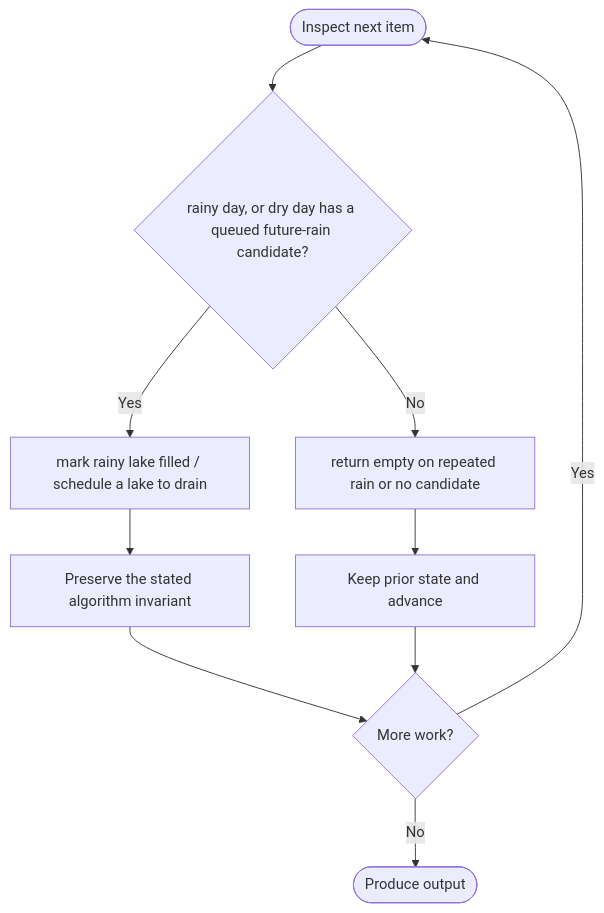
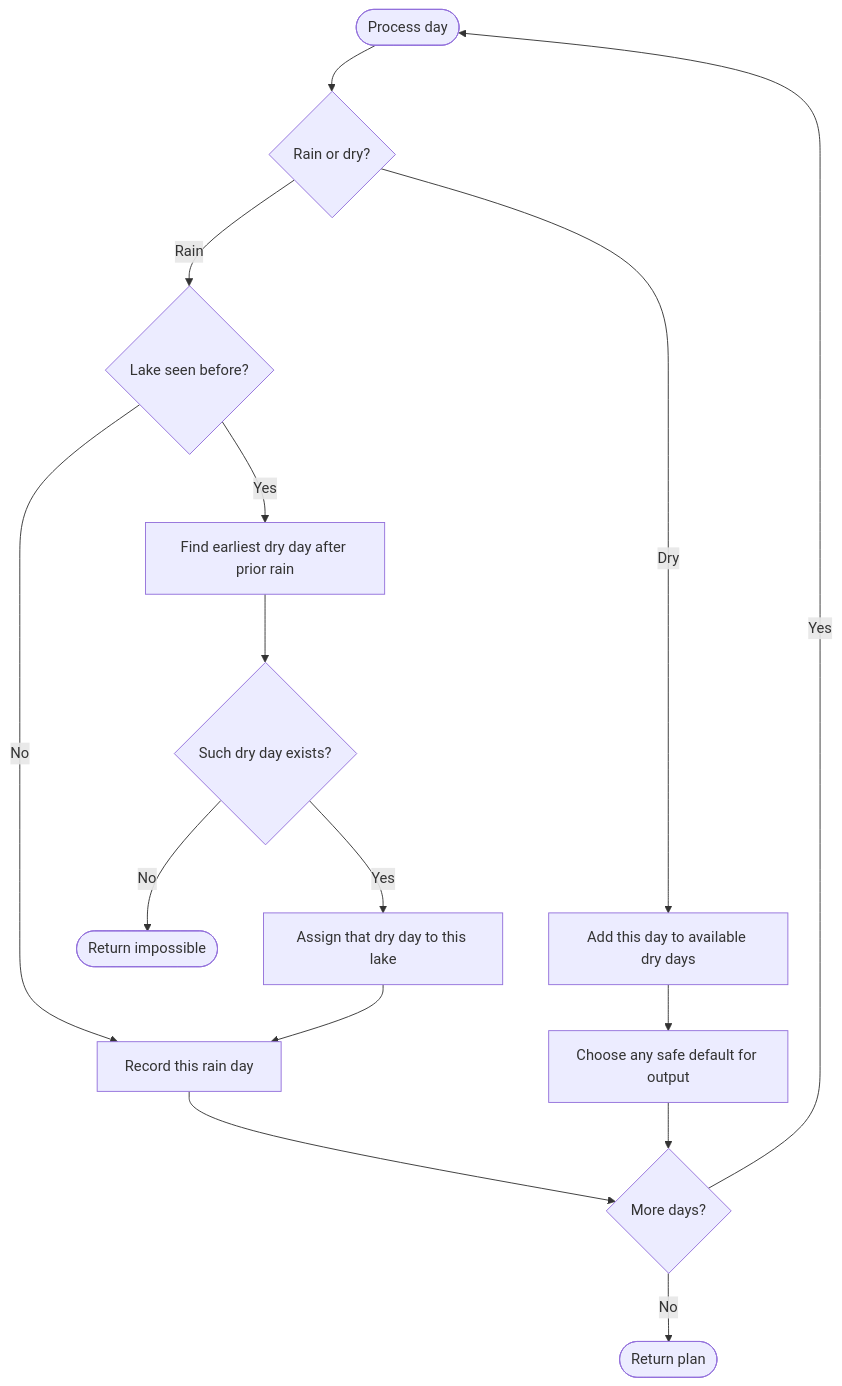
One commit to SAIDEEPBHANGE/C-CPP-Codes changed the diagram in LeetCode/1488/README.md. Above: the diagram before and after it, drawn with Mermaid. The commit also changed other lines of this file and 196 other files, not shown here.

````diff
--- a/LeetCode/1488/README.md
+++ b/LeetCode/1488/README.md
@@ -30,12 +46,17 @@
 ```mermaid
 flowchart TD
-    A([Inspect next item]) --> B{rainy day, or dry day has a queued future-rain candidate?}
-    B -- Yes --> C[mark rainy lake filled / schedule a lake to drain]
-    B -- No --> D[return empty on repeated rain or no candidate]
-    C --> E[Preserve the stated algorithm invariant]
-    D --> F[Keep prior state and advance]
-    E --> G{More work?}
-    F --> G
-    G -- Yes --> A
-    G -- No --> H([Produce output])
+ A([Process day]) --> B{Rain or dry?}
+ B -- Dry --> C[Add this day to available dry days]
+ C --> D[Choose any safe default for output]
+ B -- Rain --> E{Lake seen before?}
+ E -- No --> F[Record this rain day]
+ E -- Yes --> G[Find earliest dry day after prior rain]
+ G --> H{Such dry day exists?}
+ H -- No --> X([Return impossible])
+ H -- Yes --> I[Assign that dry day to this lake]
+ I --> F
+ F --> J{More days?}
+ D --> J
+ J -- Yes --> A
+ J -- No --> K([Return plan])
 ```
````
